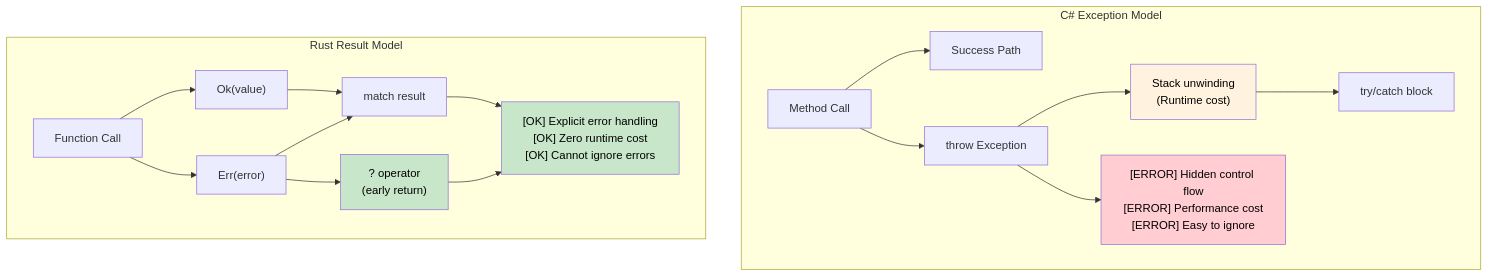
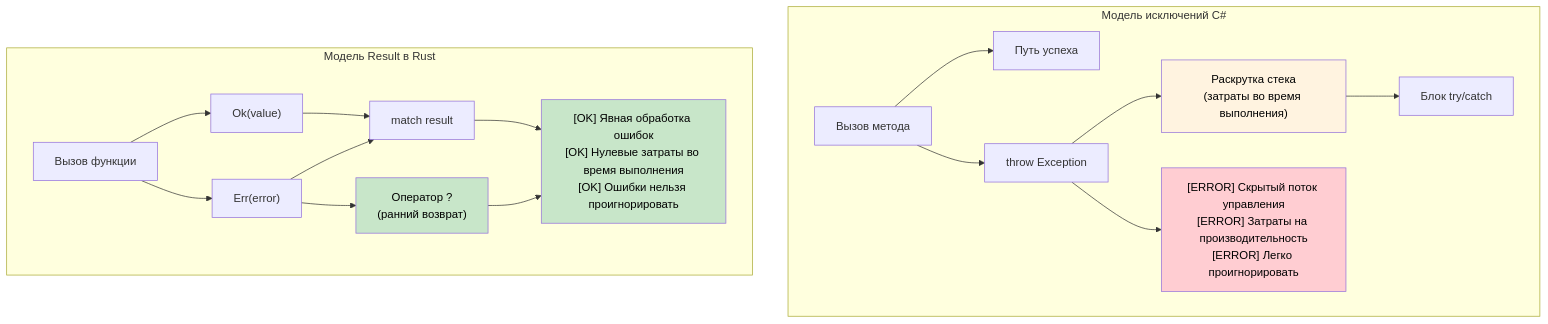
One commit to r007/RustTraining-Rus changed the diagram in csharp-book/src/ch09-error-handling.md. Above: the diagram before and after it, drawn with Mermaid. The commit also changed other lines of this file and 13 other files, not shown here.

````diff
--- a/csharp-book/src/ch09-error-handling.md
+++ b/csharp-book/src/ch09-error-handling.md
@@ -126,39 +126,39 @@
 ```mermaid
 graph TD
-    subgraph "C# Exception Model"
-        CS_CALL["Method Call"]
-        CS_SUCCESS["Success Path"]
+    subgraph "Модель исключений C#"
+        CS_CALL["Вызов метода"]
+        CS_SUCCESS["Путь успеха"]
         CS_EXCEPTION["throw Exception"]
-        CS_STACK["Stack unwinding<br/>(Runtime cost)"]
-        CS_CATCH["try/catch block"]
-        CS_HIDDEN["[ERROR] Hidden control flow<br/>[ERROR] Performance cost<br/>[ERROR] Easy to ignore"]
+        CS_STACK["Раскрутка стека<br/>(затраты во время выполнения)"]
+        CS_CATCH["Блок try/catch"]
+        CS_HIDDEN["[ERROR] Скрытый поток управления<br/>[ERROR] Затраты на производительность<br/>[ERROR] Легко проигнорировать"]
         
         CS_CALL --> CS_SUCCESS
         CS_CALL --> CS_EXCEPTION
         CS_EXCEPTION --> CS_STACK
         CS_STACK --> CS_CATCH
         CS_EXCEPTION --> CS_HIDDEN
     end
     
-    subgraph "Rust Result Model"
-        RUST_CALL["Function Call"]
+    subgraph "Модель Result в Rust"
+        RUST_CALL["Вызов функции"]
         RUST_OK["Ok(value)"]
         RUST_ERR["Err(error)"]
         RUST_MATCH["match result"]
-        RUST_QUESTION["? operator<br/>(early return)"]
-        RUST_EXPLICIT["[OK] Explicit error handling<br/>[OK] Zero runtime cost<br/>[OK] Cannot ignore errors"]
+        RUST_QUESTION["Оператор ?<br/>(ранний возврат)"]
+        RUST_EXPLICIT["[OK] Явная обработка ошибок<br/>[OK] Нулевые затраты во время выполнения<br/>[OK] Ошибки нельзя проигнорировать"]
         
         RUST_CALL --> RUST_OK
         RUST_CALL --> RUST_ERR
         RUST_OK --> RUST_MATCH
         RUST_ERR --> RUST_MATCH
         RUST_ERR --> RUST_QUESTION
         RUST_MATCH --> RUST_EXPLICIT
         RUST_QUESTION --> RUST_EXPLICIT
     end
     
     style CS_HIDDEN fill:#ffcdd2,color:#000
     style RUST_EXPLICIT fill:#c8e6c9,color:#000
     style CS_STACK fill:#fff3e0,color:#000
     style RUST_QUESTION fill:#c8e6c9,color:#000
 ```
````
